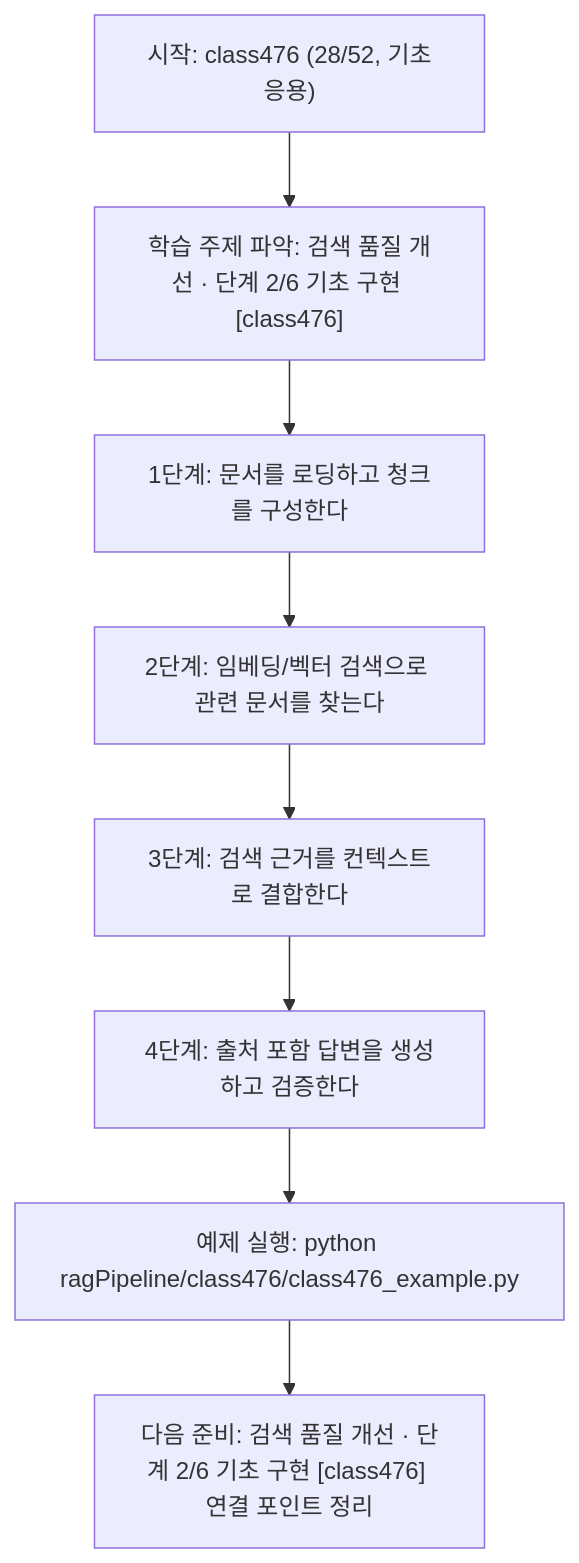
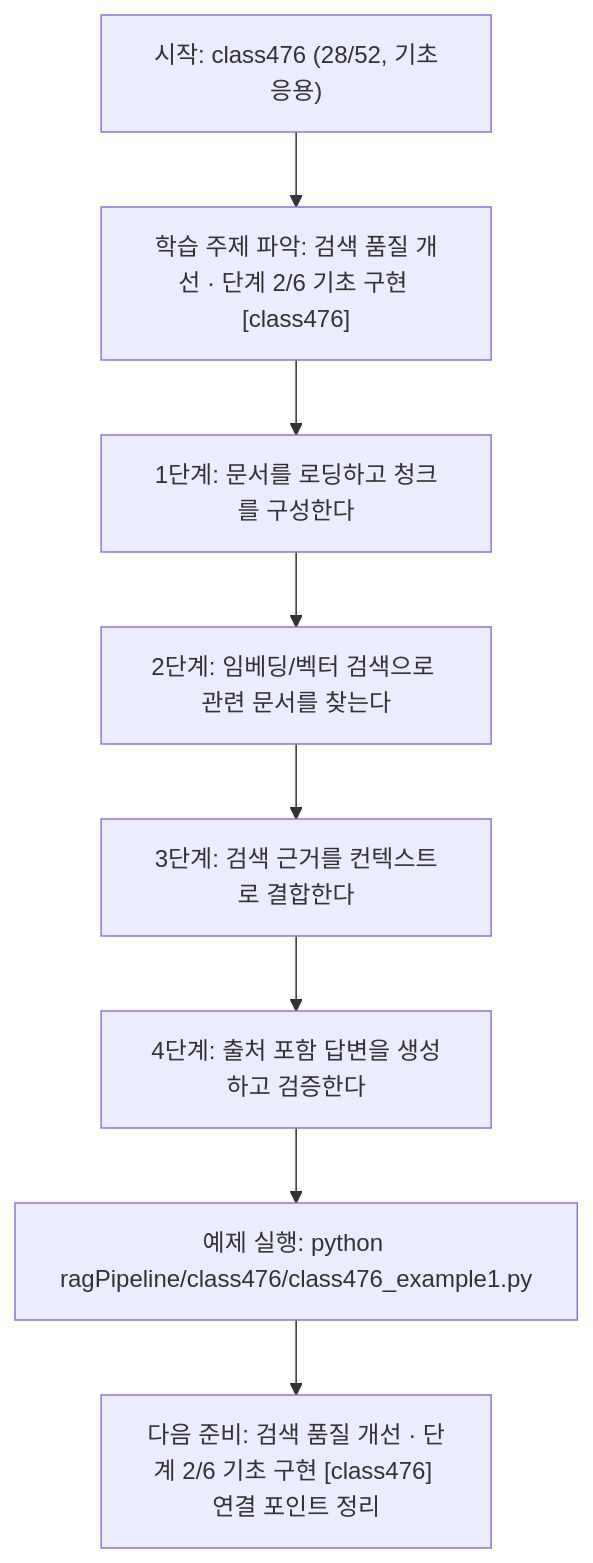
One commit to edumgt/Python-AI_Agent-Class changed the diagram in ragPipeline/class476/class476.md. Above: the diagram before and after it, drawn with Mermaid. The commit also changed other lines of this file and 2959 other files, not shown here.

````diff
--- a/ragPipeline/class476/class476.md
+++ b/ragPipeline/class476/class476.md
@@ -111,18 +111,18 @@
 ```mermaid
 flowchart TD
 N1["시작: class476 (28/52, 기초응용)"]
 N2["학습 주제 파악: 검색 품질 개선 · 단계 2/6 기초 구현 [class476]"]
 N3["1단계: 문서를 로딩하고 청크를 구성한다"]
 N4["2단계: 임베딩/벡터 검색으로 관련 문서를 찾는다"]
 N5["3단계: 검색 근거를 컨텍스트로 결합한다"]
 N6["4단계: 출처 포함 답변을 생성하고 검증한다"]
-N7["예제 실행: python ragPipeline/class476/class476_example.py"]
+N7["예제 실행: python ragPipeline/class476/class476_example1.py"]
 N8["다음 준비: 검색 품질 개선 · 단계 2/6 기초 구현 [class476] 연결 포인트 정리"]
 N1 --> N2
 N2 --> N3
 N3 --> N4
 N4 --> N5
 N5 --> N6
 N6 --> N7
 N7 --> N8
 ```
````
